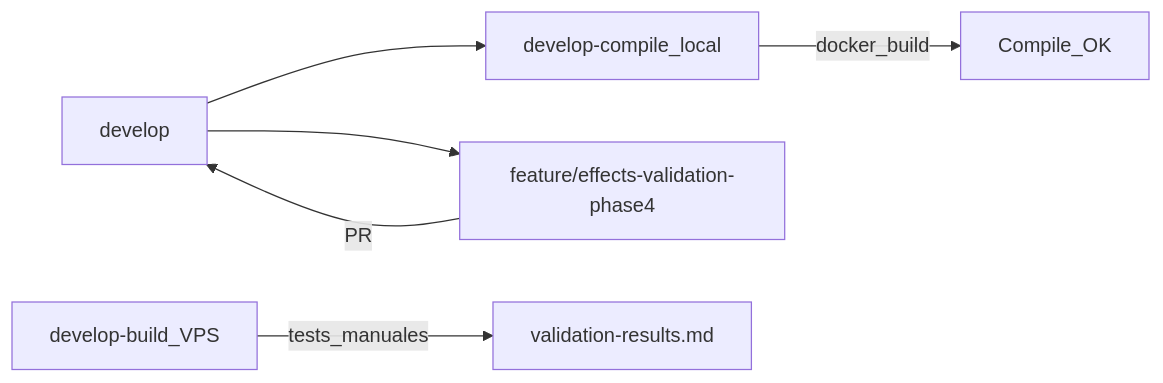
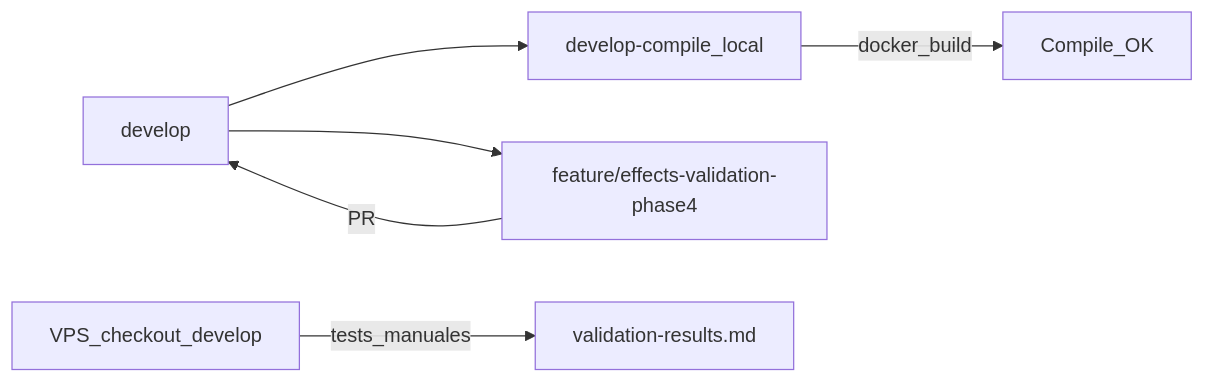
The diagram in docs/effects-validation-phase4/README.md (dagemov/DofusLegacy2.3.7), drawn with Mermaid before and after one commit. The commit also changed other lines of this file and 6 other files, not shown here.

````diff
--- a/docs/effects-validation-phase4/README.md
+++ b/docs/effects-validation-phase4/README.md
@@ -40,12 +40,12 @@
 ```mermaid
 flowchart LR
   develop[develop]
   compile[develop-compile_local]
-  build[develop-build_VPS]
+  build[VPS_checkout_develop]
   phase4[feature/effects-validation-phase4]
   develop --> compile
   develop --> phase4
   compile -->|docker_build| compileOK[Compile_OK]
   build -->|tests_manuales| results[validation-results.md]
   phase4 -->|PR| develop
 ```
````
